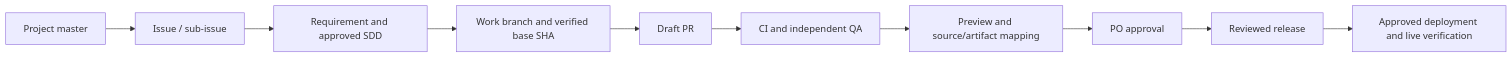
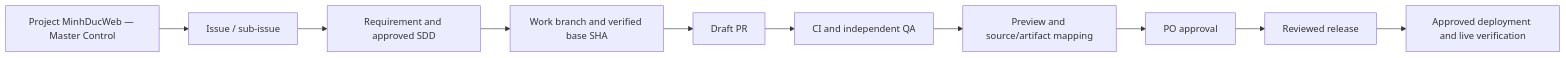
Before and after one commit to Kenbinhoainam/WebMinhDuc: the diagram in docs/architecture/github-control-plane.md, drawn with Mermaid. The commit also changed 18 other files, not shown here.

````diff
--- a/docs/architecture/github-control-plane.md
+++ b/docs/architecture/github-control-plane.md
@@ -3,12 +3,12 @@
 ```mermaid
 flowchart LR
-    P[Project master] --> I[Issue / sub-issue]
+    P[Project MinhDucWeb — Master Control] --> I[Issue / sub-issue]
     I --> R[Requirement and approved SDD]
     R --> B[Work branch and verified base SHA]
     B --> PR[Draft PR]
     PR --> C[CI and independent QA]
     C --> V[Preview and source/artifact mapping]
     V --> A[PO approval]
     A --> REL[Reviewed release]
     REL --> D[Approved deployment and live verification]
 ```
````
